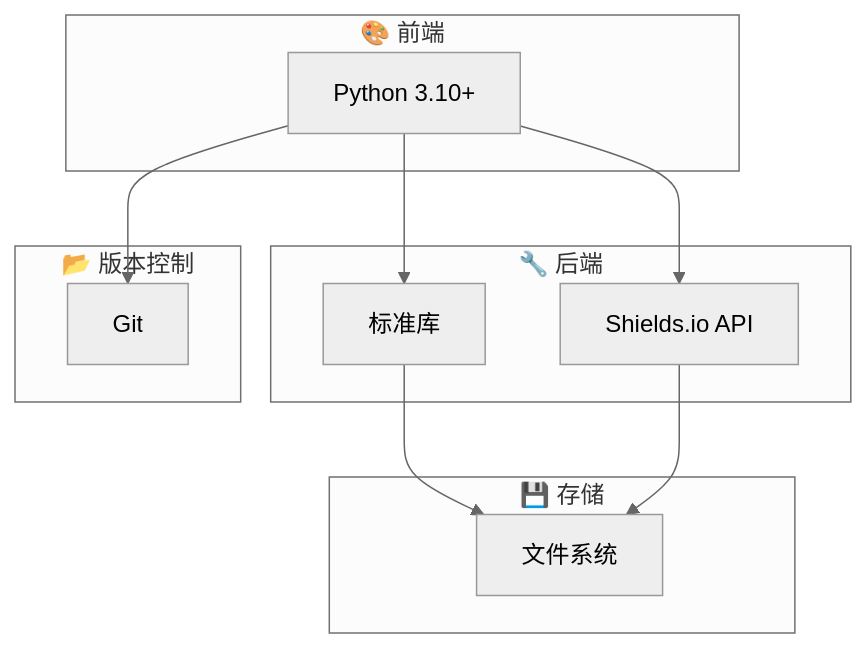
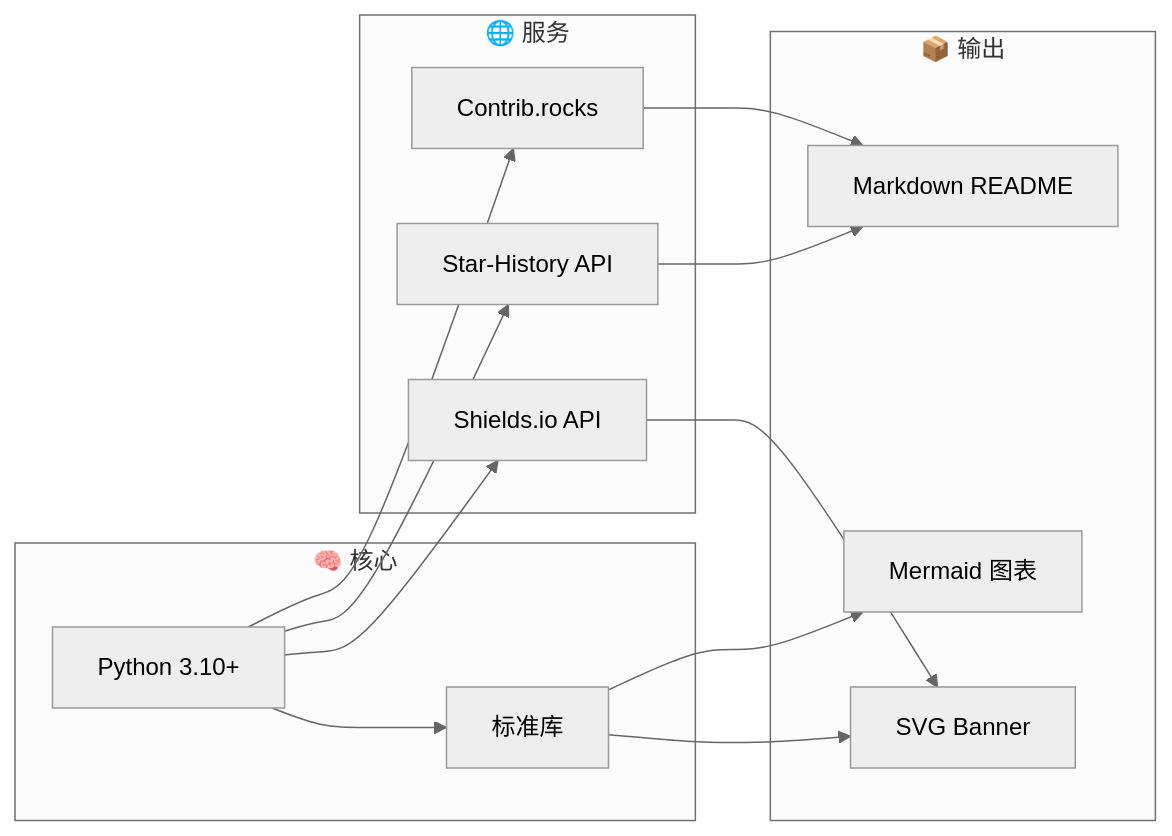
One commit to AlanSong2077/github-readme-crafter-Skill changed the second of 2 diagrams in README.zh-CN.md. Above: the diagram before and after it, drawn with Mermaid (neutral theme). The commit also changed other lines of this file and 3 other files, not shown here.

````diff
--- a/README.zh-CN.md
+++ b/README.zh-CN.md
@@ -92,25 +150,29 @@
 ```mermaid
-flowchart TB
-    subgraph Frontend["🎨 前端"]
-        Python["Python 3.10+"]
+flowchart LR
+    subgraph Core["🧠 核心"]
+        Py["Python 3.10+"]
+        SL["标准库"]
     end
-    
-    subgraph Backend["🔧 后端"]
-        StdLib["标准库"]
-        Shields["Shields.io API"]
+
+    subgraph Services["🌐 服务"]
+        SH["Shields.io API"]
+        ST["Star-History API"]
+        CR["Contrib.rocks"]
     end
-    
-    subgraph Storage["💾 存储"]
-        FS["文件系统"]
+
+    subgraph Output["📦 输出"]
+        SVG["SVG Banner"]
+        MD["Markdown README"]
+        DM["Mermaid 图表"]
     end
-    
-    subgraph VCS["📂 版本控制"]
-        Git["Git"]
-    end
-    
-    Python --> StdLib
-    Python --> Shields
-    StdLib --> FS
-    Shields --> FS
-    Python --> Git
+
+    Py --> SL
+    Py --> SH
+    Py --> ST
+    Py --> CR
+    SH --> SVG
+    ST --> MD
+    CR --> MD
+    SL --> SVG
+    SL --> DM
 ```
````
